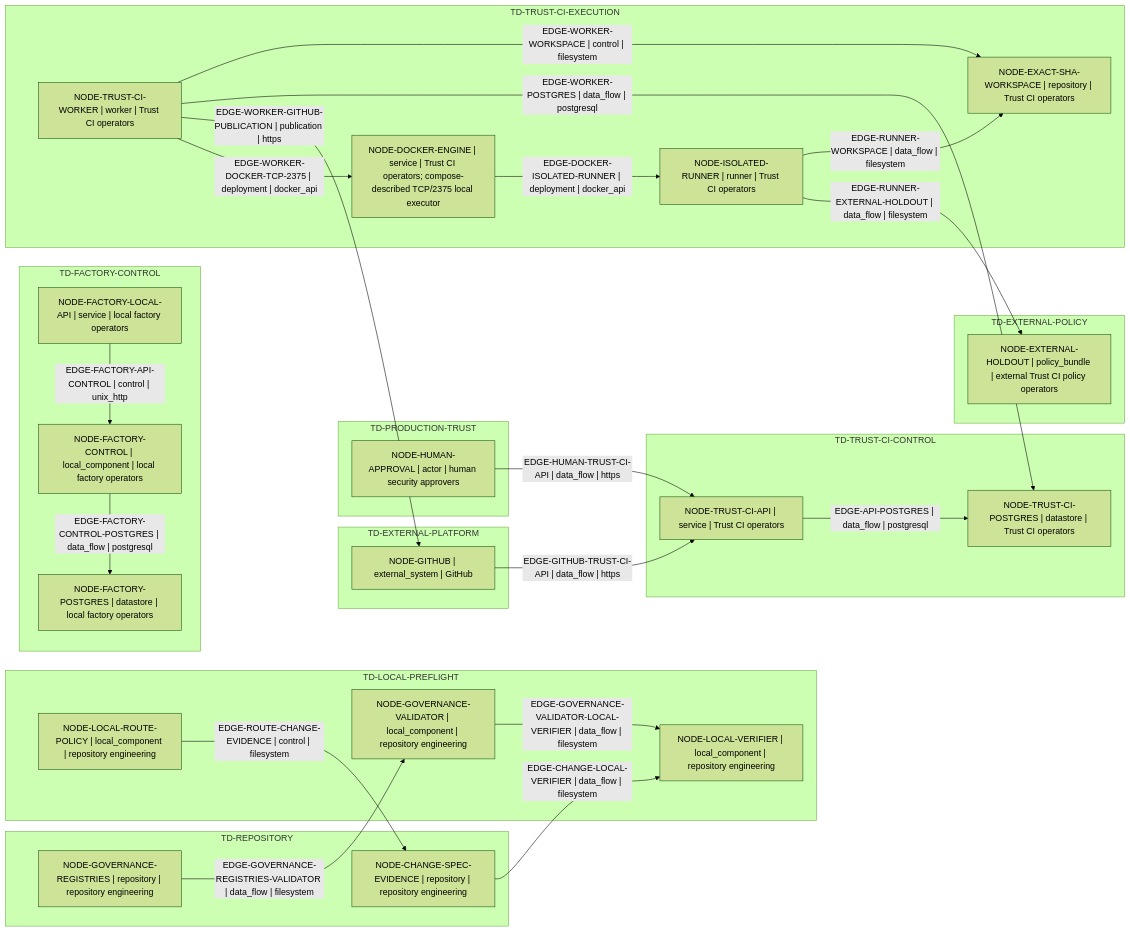
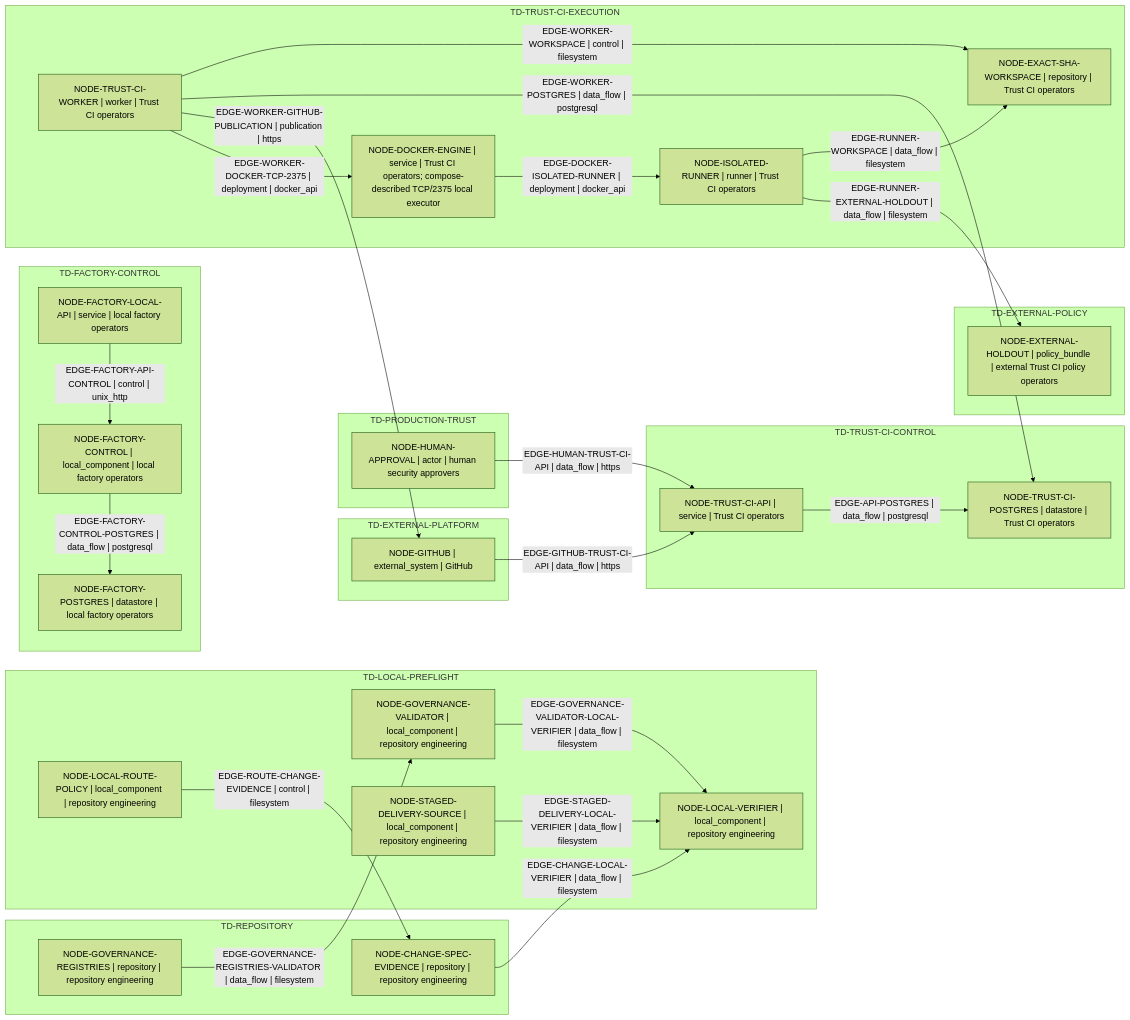
Before and after one commit to Dimkox/adaptive-grok-build-pro: the diagram in architecture/generated/trust-boundary.mmd, drawn with Mermaid (forest theme). The commit also changed 29 other files, not shown here.

```diff
--- a/architecture/generated/trust-boundary.mmd
+++ b/architecture/generated/trust-boundary.mmd
@@ -1,50 +1,52 @@
 flowchart LR
   subgraph domain_96fb748595c57dce["TD-EXTERNAL-PLATFORM"]
     node_8b8a8cd21b180532["NODE-GITHUB | external_system | GitHub"]
   end
   subgraph domain_ece8d94ff661d9fb["TD-EXTERNAL-POLICY"]
     node_0a0fe2f046a648e9["NODE-EXTERNAL-HOLDOUT | policy_bundle | external Trust CI policy operators"]
   end
   subgraph domain_c4152908c77524f2["TD-FACTORY-CONTROL"]
     node_a6c166e55f8e1784["NODE-FACTORY-CONTROL | local_component | local factory operators"]
     node_93915052ae8a2e67["NODE-FACTORY-LOCAL-API | service | local factory operators"]
     node_a77de286f8308fd4["NODE-FACTORY-POSTGRES | datastore | local factory operators"]
   end
   subgraph domain_fa5ae843eb45e375["TD-LOCAL-PREFLIGHT"]
     node_23677f8757246623["NODE-GOVERNANCE-VALIDATOR | local_component | repository engineering"]
     node_770cf3a1783e8525["NODE-LOCAL-ROUTE-POLICY | local_component | repository engineering"]
     node_23bed8fcbfc79861["NODE-LOCAL-VERIFIER | local_component | repository engineering"]
+    node_e1da543fa66b0086["NODE-STAGED-DELIVERY-SOURCE | local_component | repository engineering"]
   end
   subgraph domain_93c532f149d3e2d5["TD-PRODUCTION-TRUST"]
     node_e4e37173e410ad23["NODE-HUMAN-APPROVAL | actor | human security approvers"]
   end
   subgraph domain_734c10023f9857a2["TD-REPOSITORY"]
     node_8938bd3db1932751["NODE-CHANGE-SPEC-EVIDENCE | repository | repository engineering"]
     node_dfd1104494c6ab8f["NODE-GOVERNANCE-REGISTRIES | repository | repository engineering"]
   end
   subgraph domain_7f80d82d053144ab["TD-TRUST-CI-CONTROL"]
     node_d0e570b2fbe52f98["NODE-TRUST-CI-API | service | Trust CI operators"]
     node_1a6c7efb2d08591b["NODE-TRUST-CI-POSTGRES | datastore | Trust CI operators"]
   end
   subgraph domain_65e7aeb3bb37c460["TD-TRUST-CI-EXECUTION"]
     node_4e78270f61d78ed8["NODE-DOCKER-ENGINE | service | Trust CI operators; compose-described TCP/2375 local executor"]
     node_2e8a7072de3f3743["NODE-EXACT-SHA-WORKSPACE | repository | Trust CI operators"]
     node_1c3a10ba26a8e80d["NODE-ISOLATED-RUNNER | runner | Trust CI operators"]
     node_070dda93443dcc1f["NODE-TRUST-CI-WORKER | worker | Trust CI operators"]
   end
   node_d0e570b2fbe52f98 -->|"EDGE-API-POSTGRES | data_flow | postgresql"| node_1a6c7efb2d08591b
   node_8938bd3db1932751 -->|"EDGE-CHANGE-LOCAL-VERIFIER | data_flow | filesystem"| node_23bed8fcbfc79861
   node_4e78270f61d78ed8 -->|"EDGE-DOCKER-ISOLATED-RUNNER | deployment | docker_api"| node_1c3a10ba26a8e80d
   node_93915052ae8a2e67 -->|"EDGE-FACTORY-API-CONTROL | control | unix_http"| node_a6c166e55f8e1784
   node_a6c166e55f8e1784 -->|"EDGE-FACTORY-CONTROL-POSTGRES | data_flow | postgresql"| node_a77de286f8308fd4
   node_8b8a8cd21b180532 -->|"EDGE-GITHUB-TRUST-CI-API | data_flow | https"| node_d0e570b2fbe52f98
   node_dfd1104494c6ab8f -->|"EDGE-GOVERNANCE-REGISTRIES-VALIDATOR | data_flow | filesystem"| node_23677f8757246623
   node_23677f8757246623 -->|"EDGE-GOVERNANCE-VALIDATOR-LOCAL-VERIFIER | data_flow | filesystem"| node_23bed8fcbfc79861
   node_e4e37173e410ad23 -->|"EDGE-HUMAN-TRUST-CI-API | data_flow | https"| node_d0e570b2fbe52f98
   node_770cf3a1783e8525 -->|"EDGE-ROUTE-CHANGE-EVIDENCE | control | filesystem"| node_8938bd3db1932751
   node_1c3a10ba26a8e80d -->|"EDGE-RUNNER-EXTERNAL-HOLDOUT | data_flow | filesystem"| node_0a0fe2f046a648e9
   node_1c3a10ba26a8e80d -->|"EDGE-RUNNER-WORKSPACE | data_flow | filesystem"| node_2e8a7072de3f3743
+  node_e1da543fa66b0086 -->|"EDGE-STAGED-DELIVERY-LOCAL-VERIFIER | data_flow | filesystem"| node_23bed8fcbfc79861
   node_070dda93443dcc1f -->|"EDGE-WORKER-DOCKER-TCP-2375 | deployment | docker_api"| node_4e78270f61d78ed8
   node_070dda93443dcc1f -->|"EDGE-WORKER-GITHUB-PUBLICATION | publication | https"| node_8b8a8cd21b180532
   node_070dda93443dcc1f -->|"EDGE-WORKER-POSTGRES | data_flow | postgresql"| node_1a6c7efb2d08591b
   node_070dda93443dcc1f -->|"EDGE-WORKER-WORKSPACE | control | filesystem"| node_2e8a7072de3f3743
```
